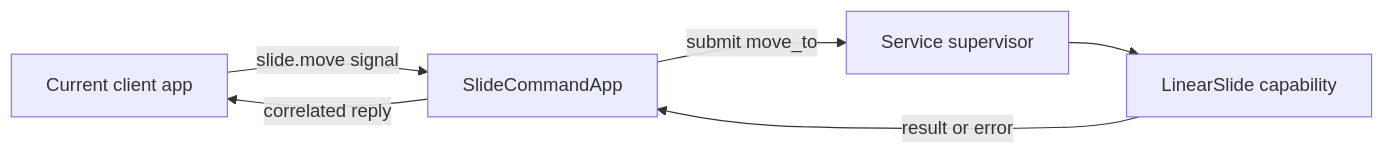
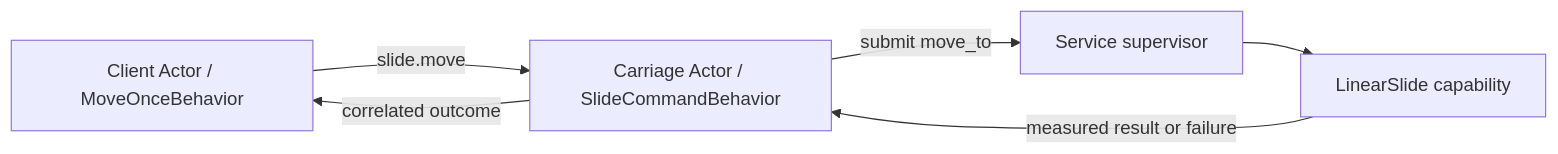
The diagram in docs/content/concepts.md (ROSMicroPy/RobotPrimitivesStack), drawn with Mermaid before and after one commit. The commit also changed other lines of this file and 569 other files, not shown here.

````diff
--- a/docs/content/concepts.md
+++ b/docs/content/concepts.md
@@ -49,8 +34,8 @@
 ```mermaid
 flowchart LR
-    Client[Current client app] -->|slide.move signal| Handler[SlideCommandApp]
-    Handler -->|submit move_to| Supervisor[Service supervisor]
+    Client[Client Actor / MoveOnceBehavior] -->|slide.move| Carriage[Carriage Actor / SlideCommandBehavior]
+    Carriage -->|submit move_to| Supervisor[Service supervisor]
     Supervisor --> Slide[LinearSlide capability]
-    Slide -->|result or error| Handler
-    Handler -->|correlated reply| Client
+    Slide -->|measured result or failure| Carriage
+    Carriage -->|correlated outcome| Client
 ```
````
